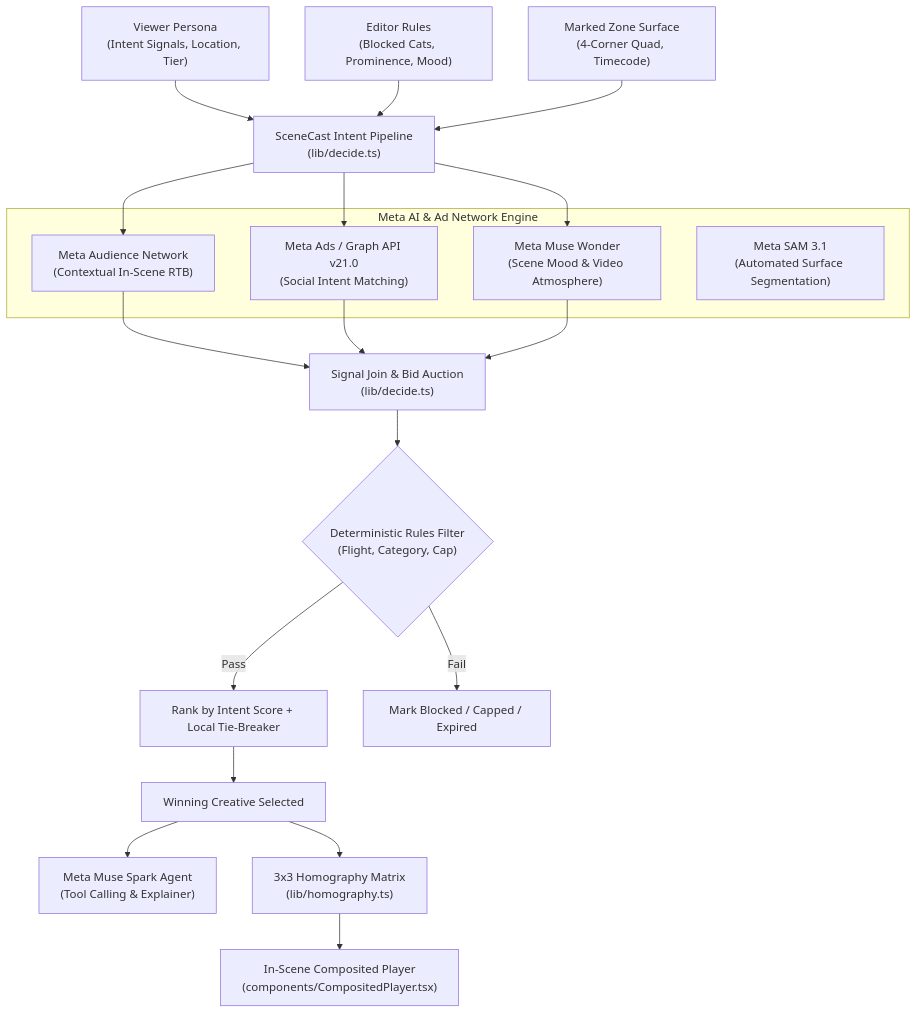
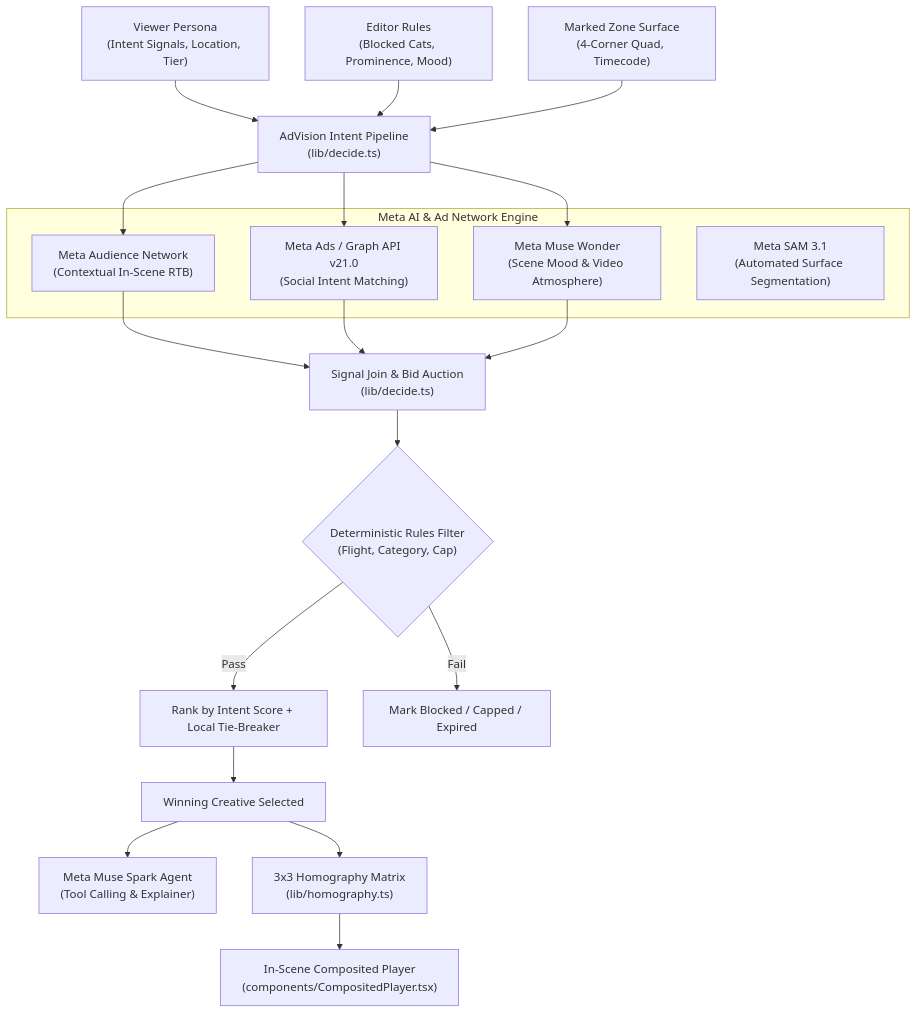
One commit to Nandanhs006/AdVision changed the first of 2 diagrams in README.md. Above: the diagram before and after it, drawn with Mermaid. The commit also changed other lines of this file and 19 other files, not shown here.

````diff
--- a/README.md
+++ b/README.md
@@ -39,30 +39,30 @@
 ```mermaid
 flowchart TD
-    Viewer["Viewer Persona\n(Intent Signals, Location, Tier)"] --> Pipeline["SceneCast Intent Pipeline\n(lib/decide.ts)"]
+    Viewer["Viewer Persona\n(Intent Signals, Location, Tier)"] --> Pipeline["AdVision Intent Pipeline\n(lib/decide.ts)"]
     Editor["Editor Rules\n(Blocked Cats, Prominence, Mood)"] --> Pipeline
     Zone["Marked Zone Surface\n(4-Corner Quad, Timecode)"] --> Pipeline
 
     subgraph MetaEcosystem ["Meta AI & Ad Network Engine"]
         AudienceNet["Meta Audience Network\n(Contextual In-Scene RTB)"]
         MetaAds["Meta Ads / Graph API v21.0\n(Social Intent Matching)"]
         MuseWonder["Meta Muse Wonder\n(Scene Mood & Video Atmosphere)"]
         SAM31["Meta SAM 3.1\n(Automated Surface Segmentation)"]
     end
 
     Pipeline --> AudienceNet
     Pipeline --> MetaAds
     Pipeline --> MuseWonder
 
     AudienceNet --> Join["Signal Join & Bid Auction\n(lib/decide.ts)"]
     MetaAds --> Join
     MuseWonder --> Join
 
     Join --> DeterministicRules{"Deterministic Rules Filter\n(Flight, Category, Cap)"}
     DeterministicRules -->|Pass| Rank["Rank by Intent Score + Local Tie-Breaker"]
     DeterministicRules -->|Fail| Mark["Mark Blocked / Capped / Expired"]
 
     Rank --> Winner["Winning Creative Selected"]
     Winner --> MuseSpark["Meta Muse Spark Agent\n(Tool Calling & Explainer)"]
     Winner --> Homography["3x3 Homography Matrix\n(lib/homography.ts)"]
     Homography --> Player["In-Scene Composited Player\n(components/CompositedPlayer.tsx)"]
 ```
````
